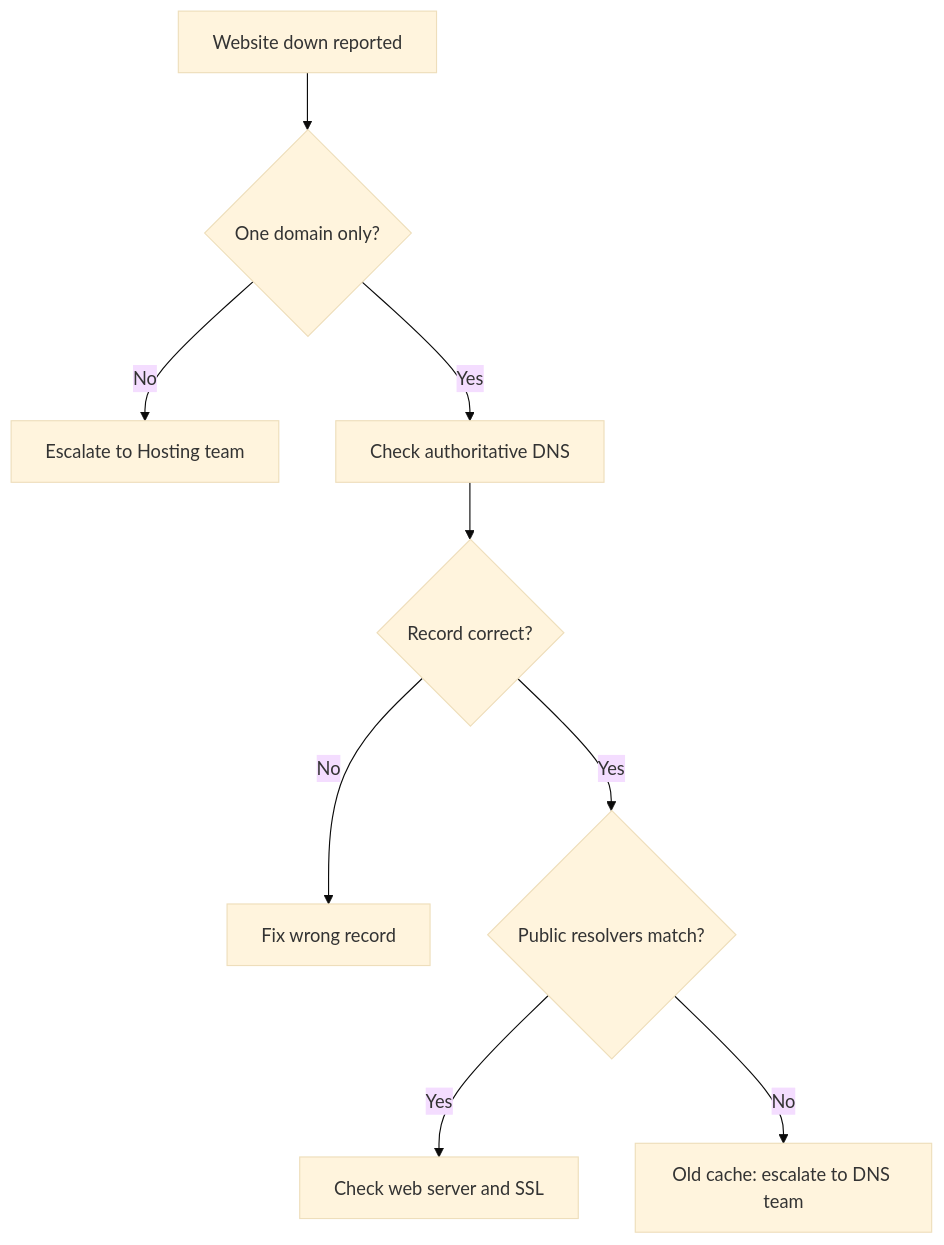
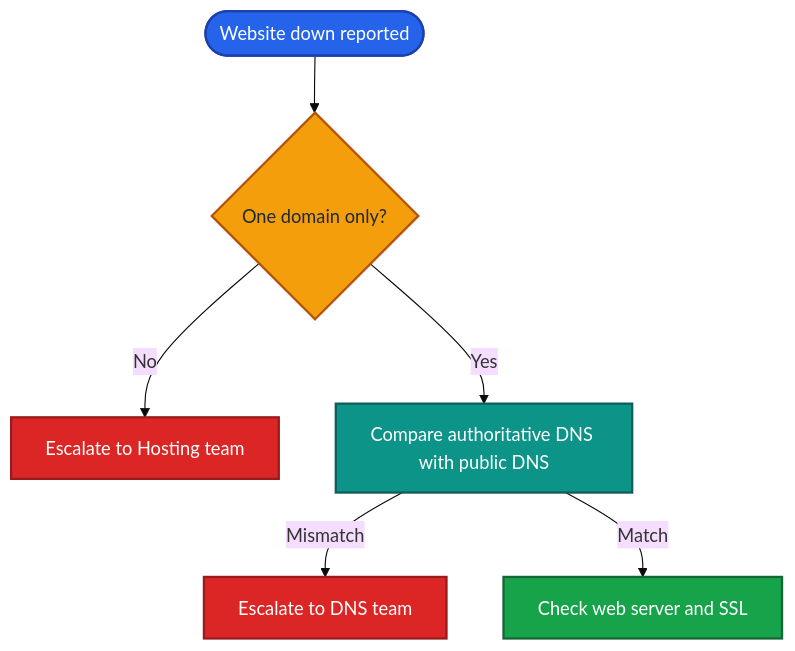
One commit to malaika-azhar/Customer-Tech-Support-Portfolio changed the diagram in 05-Escalation-scripts/05.1-Website-Down.md. Above: the diagram before and after it, drawn with Mermaid (base theme).

````diff
--- a/05-Escalation-scripts/05.1-Website-Down.md
+++ b/05-Escalation-scripts/05.1-Website-Down.md
@@ -111,11 +111,20 @@
 ```mermaid
 flowchart TD
-    A[Website down reported] --> B{One domain only?}
+    A([Website down reported]) --> B{One domain only?}
     B -->|No| C[Escalate to Hosting team]
-    B -->|Yes| D[Check authoritative DNS]
-    D --> E{Record correct?}
-    E -->|No| F[Fix wrong record]
-    E -->|Yes| G{Public resolvers match?}
-    G -->|Yes| H[Check web server and SSL]
-    G -->|No| I[Old cache: escalate to DNS team]
+    B -->|Yes| D[Compare authoritative DNS with public DNS]
+    D -->|Mismatch| E[Escalate to DNS team]
+    D -->|Match| F[Check web server and SSL]
+
+    classDef start fill:#2563eb,stroke:#1e40af,stroke-width:2px,color:#ffffff
+    classDef decide fill:#f59e0b,stroke:#b45309,stroke-width:2px,color:#1f2937
+    classDef check fill:#0d9488,stroke:#115e59,stroke-width:2px,color:#ffffff
+    classDef escalate fill:#dc2626,stroke:#991b1b,stroke-width:2px,color:#ffffff
+    classDef ok fill:#16a34a,stroke:#166534,stroke-width:2px,color:#ffffff
+
+    class A start
+    class B decide
+    class C,E escalate
+    class D check
+    class F ok
 ```
````
